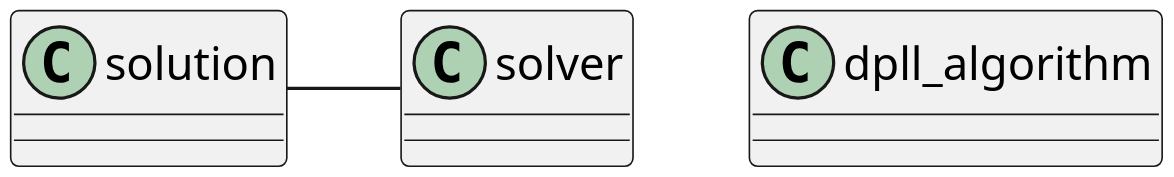
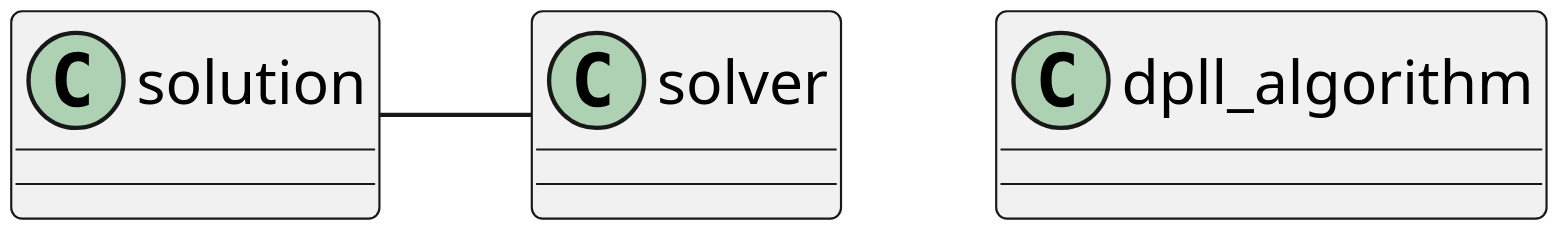
Before and after one commit to Wilbertz/Sudoku-Solver: the diagram in UML/MainClasses.puml, drawn with PlantUML. The commit also changed 1 other file, not shown here.

Commit message:
Uml diagrams updated.

```diff
--- a/UML/MainClasses.puml
+++ b/UML/MainClasses.puml
@@ -1,7 +1,7 @@
 @startuml
-scale 3
+scale 4
 class dpll_algorithm
 class solution
 class solver
 solution - solver
 @enduml
```
